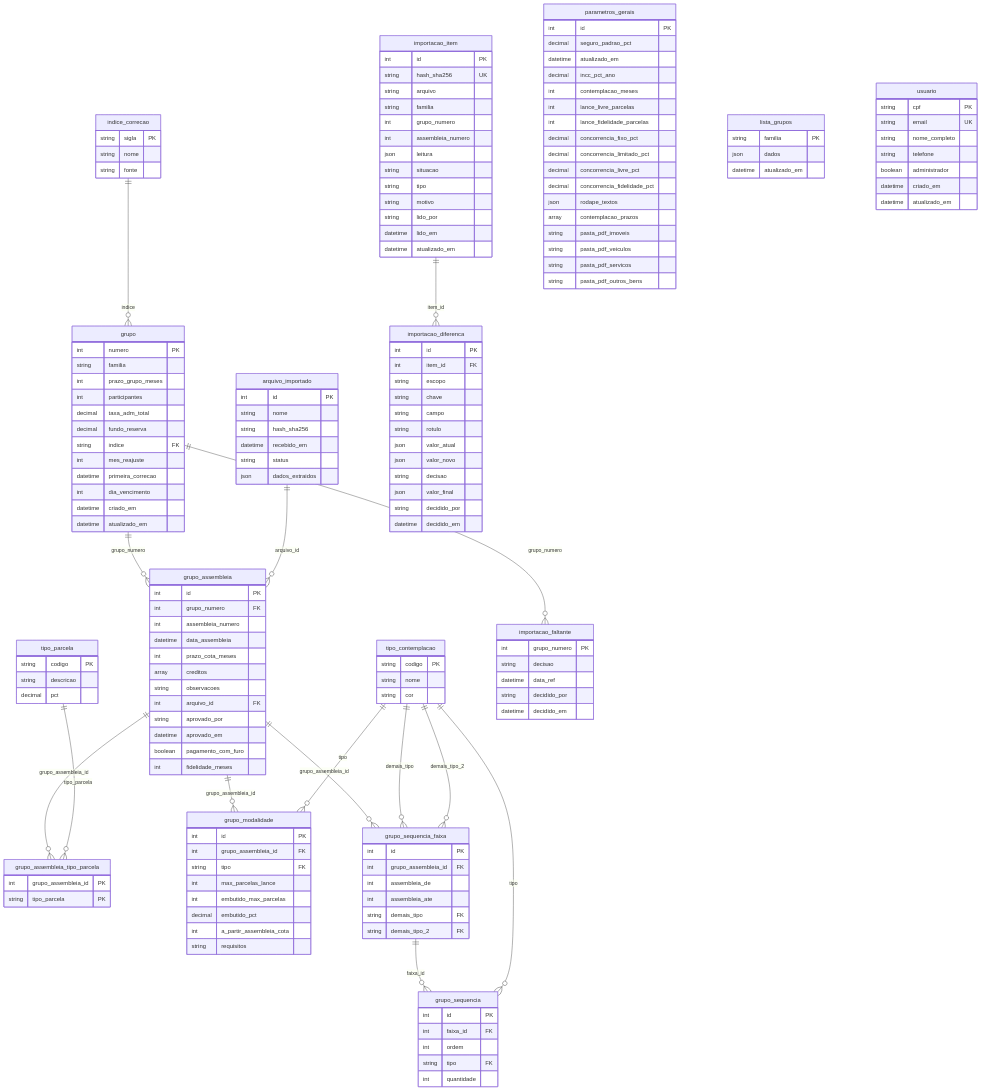
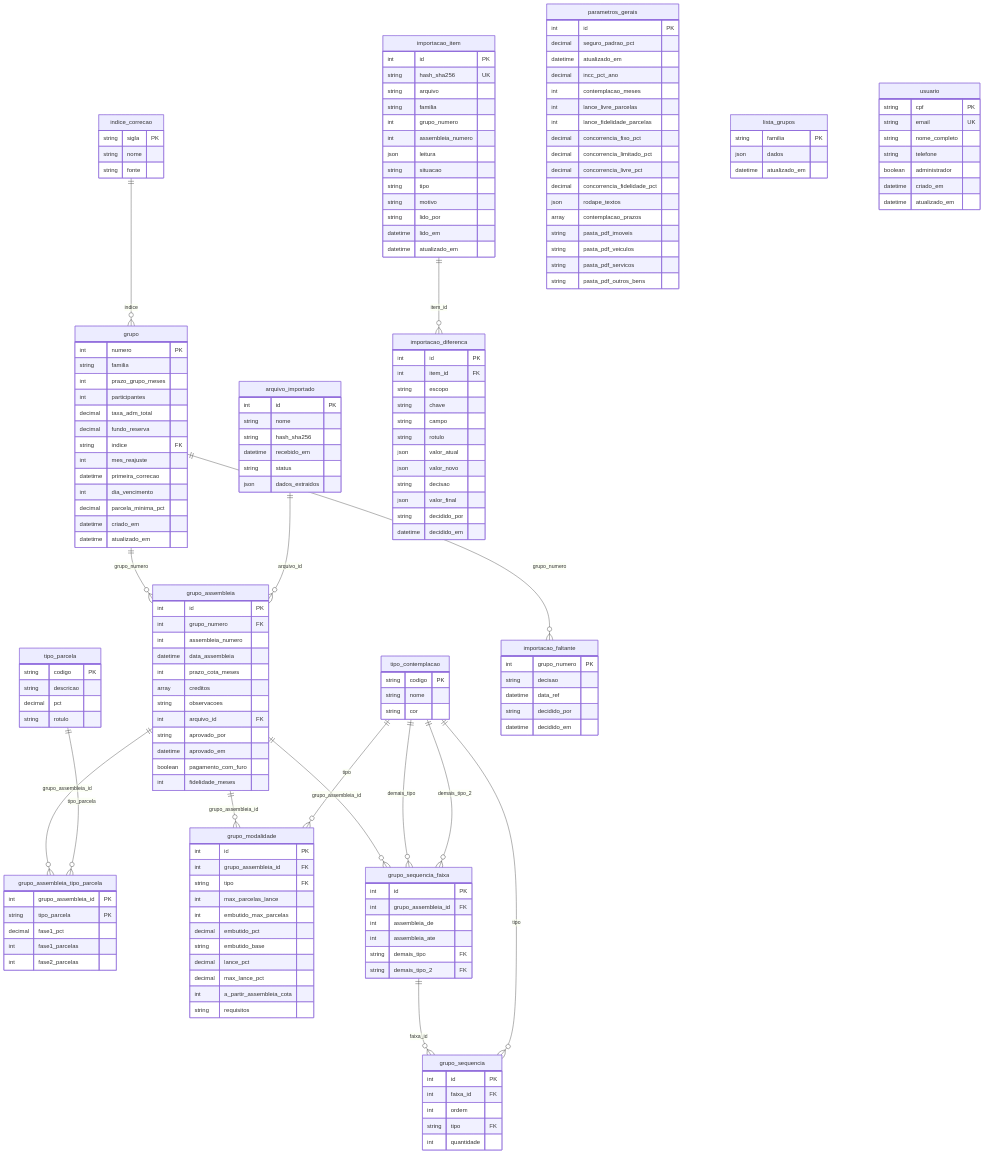
Before and after one commit to vladimic/dinastia: the diagram in docs/modelo-de-dados.md, drawn with Mermaid. The commit also changed other lines of this file and 7 other files, not shown here.

```diff
--- a/docs/modelo-de-dados.md
+++ b/docs/modelo-de-dados.md
@@ -59,6 +59,7 @@
     string codigo PK
     string descricao
     decimal pct
+    string rotulo
   }
   grupo {
     int numero PK
@@ -71,6 +72,7 @@
     int mes_reajuste
     datetime primeira_correcao
     int dia_vencimento
+    decimal parcela_minima_pct
     datetime criado_em
     datetime atualizado_em
   }
@@ -99,6 +101,9 @@
   grupo_assembleia_tipo_parcela {
     int grupo_assembleia_id PK
     string tipo_parcela PK
+    decimal fase1_pct
+    int fase1_parcelas
+    int fase2_parcelas
   }
   grupo_modalidade {
     int id PK
@@ -107,6 +112,9 @@
     int max_parcelas_lance
     int embutido_max_parcelas
     decimal embutido_pct
+    string embutido_base
+    decimal lance_pct
+    decimal max_lance_pct
     int a_partir_assembleia_cota
     string requisitos
   }
```
